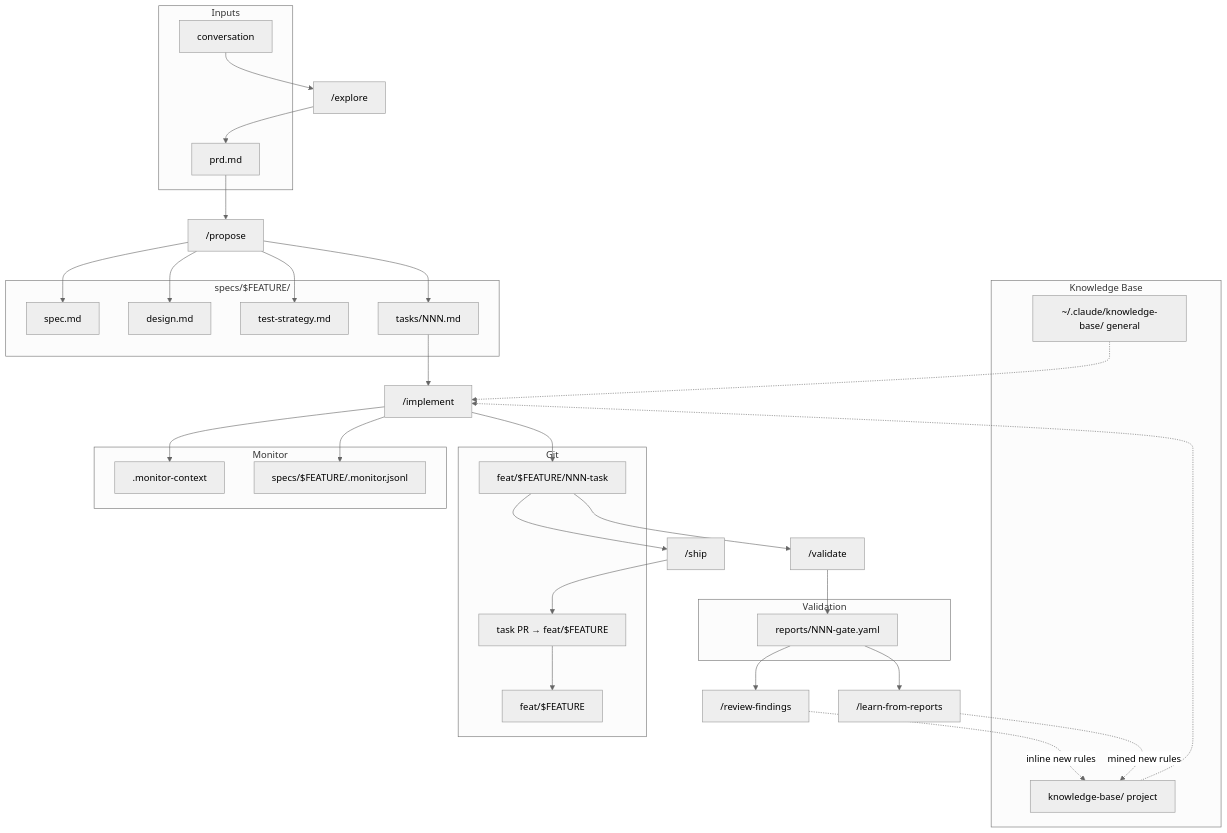
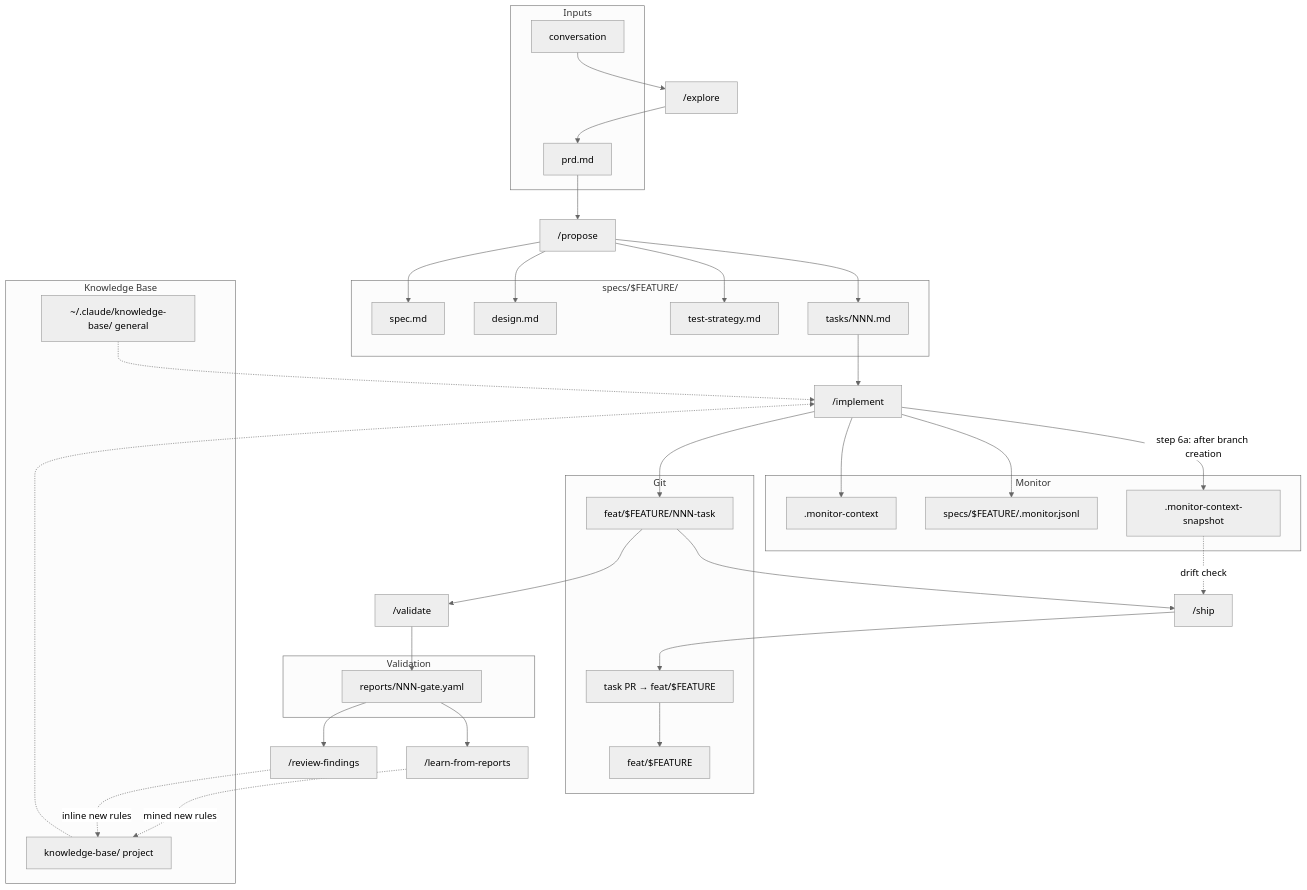
Before and after one commit to AlarQ/SDD-hub: the fourth of 14 diagrams in docs/workflow-diagram.md, drawn with Mermaid (neutral theme). The commit also changed other lines of this file and 79 other files, not shown here.

````diff
--- a/docs/workflow-diagram.md
+++ b/docs/workflow-diagram.md
@@ -143,60 +154,63 @@
 ```mermaid
 graph TB
     subgraph Inputs
         CONV[conversation]
         PRD[prd.md]
     end
 
     subgraph Specs["specs/$FEATURE/"]
         SPEC[spec.md]
         DESIGN[design.md]
         TS[test-strategy.md]
         TASKS[tasks/NNN.md]
     end
 
     subgraph Validation
         REPORTS[reports/NNN-gate.yaml]
     end
 
     subgraph KB["Knowledge Base"]
         GKB[~/.claude/knowledge-base/ general]
         PKB[knowledge-base/ project]
     end
 
     subgraph Git
         FEAT[feat/$FEATURE]
         TBR[feat/$FEATURE/NNN-task]
         PR[task PR → feat/$FEATURE]
     end
 
     subgraph Monitor
         CTX[.monitor-context]
         JSONL[specs/$FEATURE/.monitor.jsonl]
+        SNAP[.monitor-context-snapshot]
     end
 
     CONV --> EX["/explore"]
     EX --> PRD
     PRD --> PP["/propose"]
     PP --> SPEC
     PP --> DESIGN
     PP --> TS
     PP --> TASKS
 
     TASKS --> IM["/implement"]
     GKB -.-> IM
     PKB -.-> IM
     IM --> TBR
     IM --> CTX
     IM --> JSONL
+    IM -->|step 6a: after branch creation| SNAP
 
     TBR --> VA["/validate"]
     VA --> REPORTS
     REPORTS --> RF["/review-findings"]
     RF -.->|inline new rules| PKB
     REPORTS --> LFR["/learn-from-reports"]
     LFR -.->|mined new rules| PKB
 
     TBR --> SH["/ship"]
+    SNAP -.->|drift check| SH
     SH --> PR
     PR --> FEAT
 ```
````
